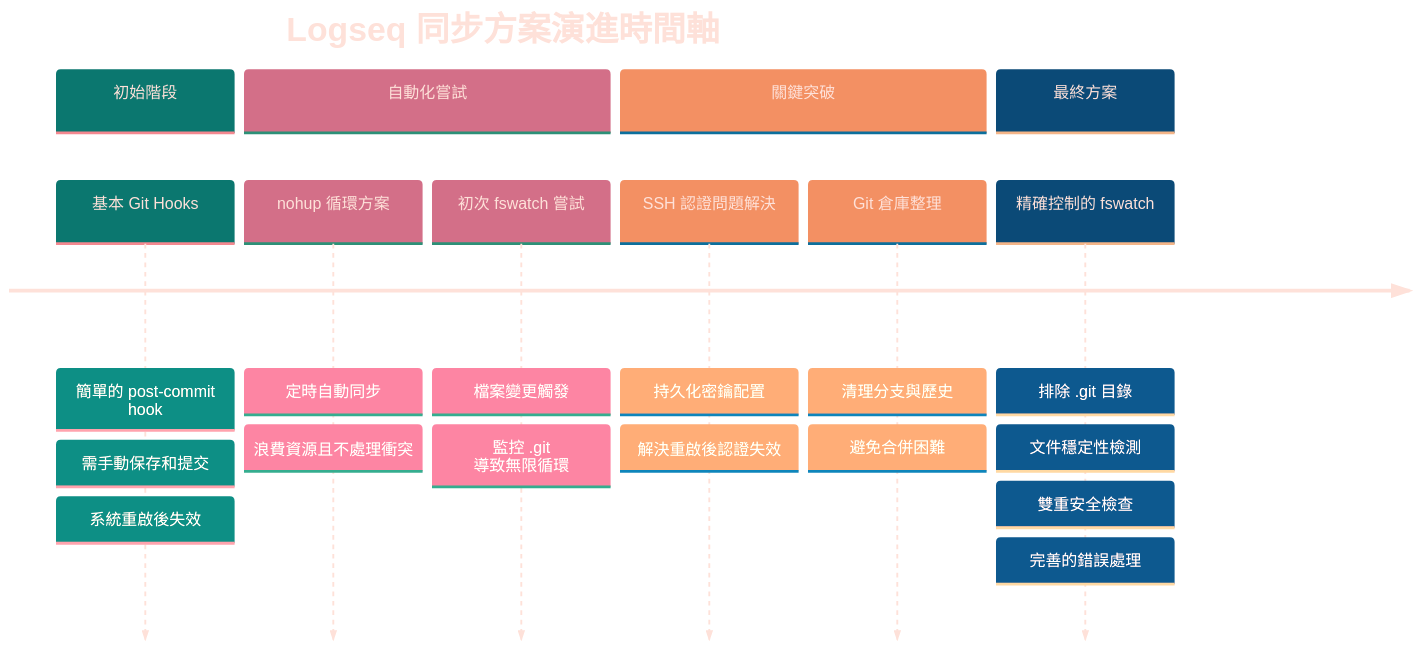
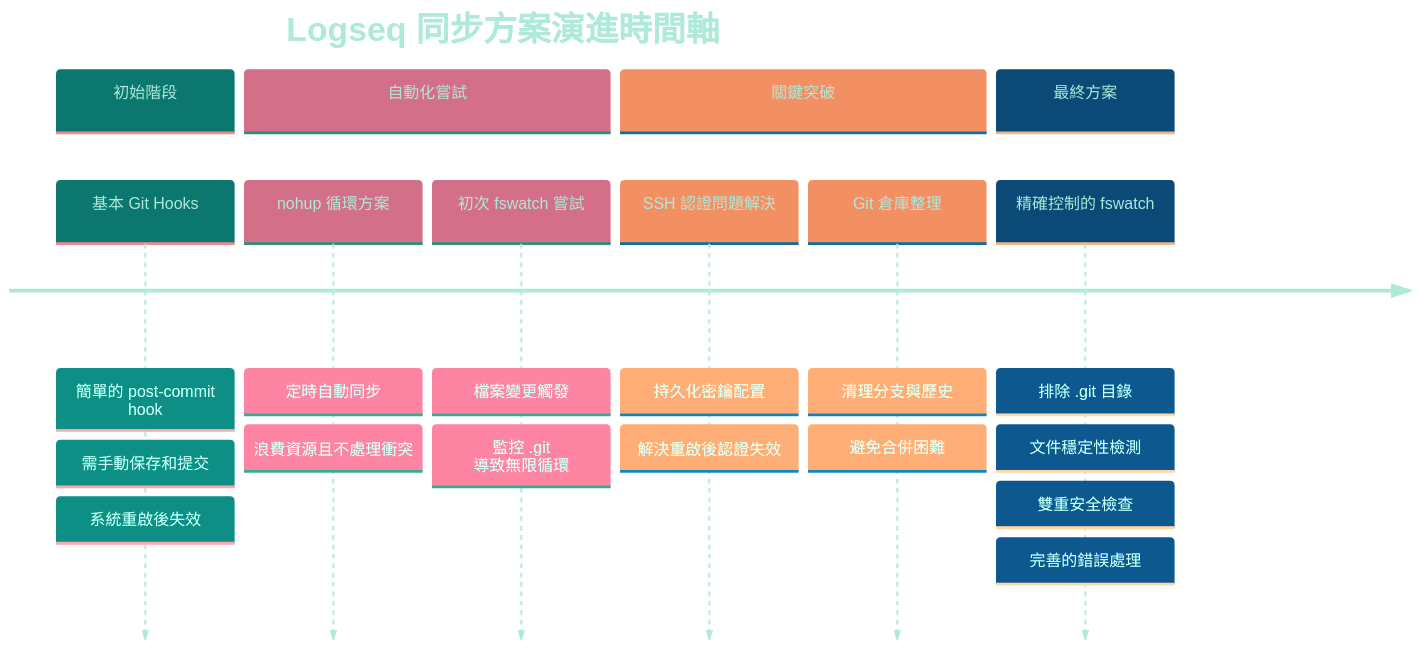
One commit to GengGeng026/Sync-Logseq changed the first of 2 diagrams in Logseq同步方案演進記錄.md. Above: the diagram before and after it, drawn with Mermaid.

Commit message:
Auto-sync: Wed Mar 26 10:02:01 +08 2025

````diff
--- a/Logseq同步方案演進記錄.md
+++ b/Logseq同步方案演進記錄.md
@@ -24,38 +24,38 @@
 ```mermaid
 %%{init: {
   'theme': 'base', 
   'themeVariables': {
-    'primaryTextColor': '#FEE1D9',
+    'primaryTextColor': '#AEE9D9',
     'primaryColor': '#19E9D9',
     'secondaryColor': '#F1D1D9',
     'tertiaryColor': '#FCE4D9',
     'primaryBorderColor': '#A9D9D9',
     'background': 'transparent',
     'clusterBkg': 'transparent',
     'fontFamily': 'default',
     'fontSize': '17px',
     'fontWeight': 'normal'
   }
 }}%%
 timeline
     title Logseq 同步方案演進時間軸
     section 初始階段
         基本 Git Hooks : 簡單的 post-commit hook
         : 需手動保存和提交
         : 系統重啟後失效
     section 自動化嘗試
         nohup 循環方案 : 定時自動同步
         : 浪費資源且不處理衝突
         初次 fswatch 嘗試 : 檔案變更觸發
         : 監控 .git 導致無限循環
     section 關鍵突破
         SSH 認證問題解決 : 持久化密鑰配置
         : 解決重啟後認證失效
         Git 倉庫整理 : 清理分支與歷史
         : 避免合併困難
     section 最終方案
         精確控制的 fswatch : 排除 .git 目錄
         : 文件穩定性檢測
         : 雙重安全檢查
         : 完善的錯誤處理
 ```
````
